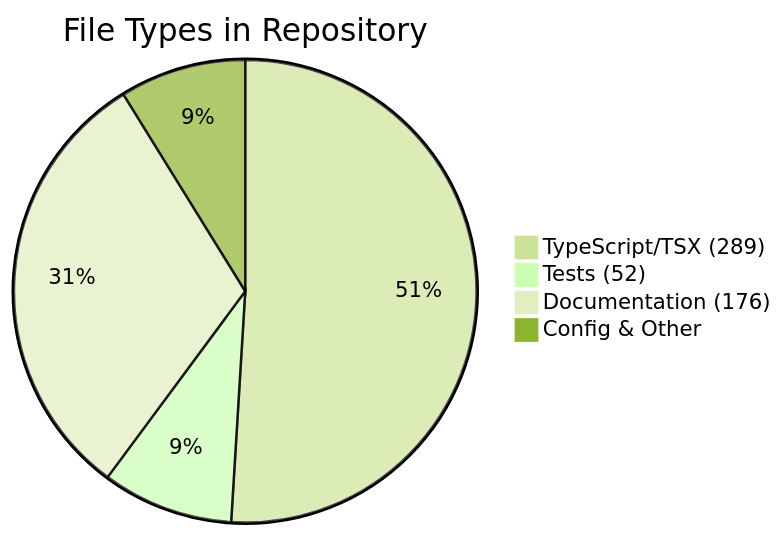
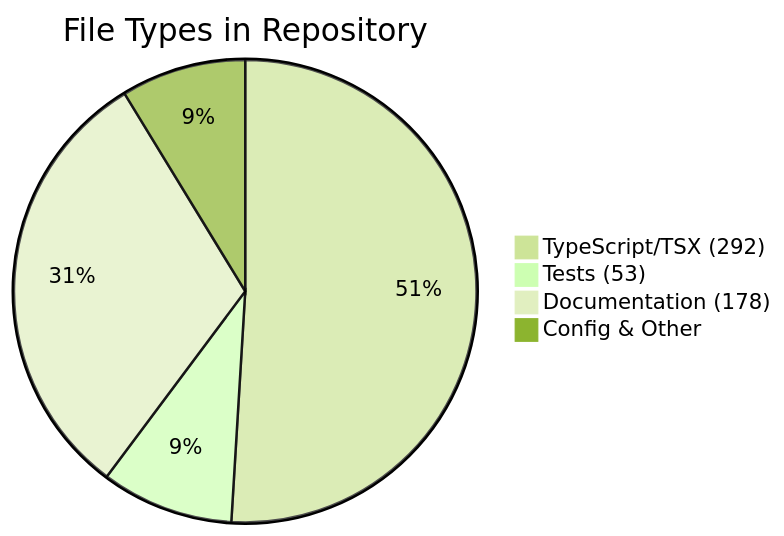
One commit to peteywee/fresh-root changed the diagram in docs/visuals/FILE_DISTRIBUTION.md. Above: the diagram before and after it, drawn with Mermaid (forest theme). The commit also changed other lines of this file and 2 other files, not shown here.

Commit message:
chore(visuals): auto-update architecture and repo state diagrams
- Architecture: monorepo structure and dependencies

- Repo State: branch status and git history

- Dependency Health: vulnerability and peer dep analysis

- File Distribution: code metrics and organization

Generated by: automation/generate-visuals.yml

````diff
--- a/docs/visuals/FILE_DISTRIBUTION.md
+++ b/docs/visuals/FILE_DISTRIBUTION.md
@@ -3,7 +3,7 @@
 ```mermaid
 pie title File Types in Repository
-    "TypeScript/TSX (289)" : 289
-    "Tests (52)" : 52
-    "Documentation (176)" : 176
+    "TypeScript/TSX (292)" : 292
+    "Tests (53)" : 53
+    "Documentation (178)" : 178
     "Config & Other" : 50
 ```
````
